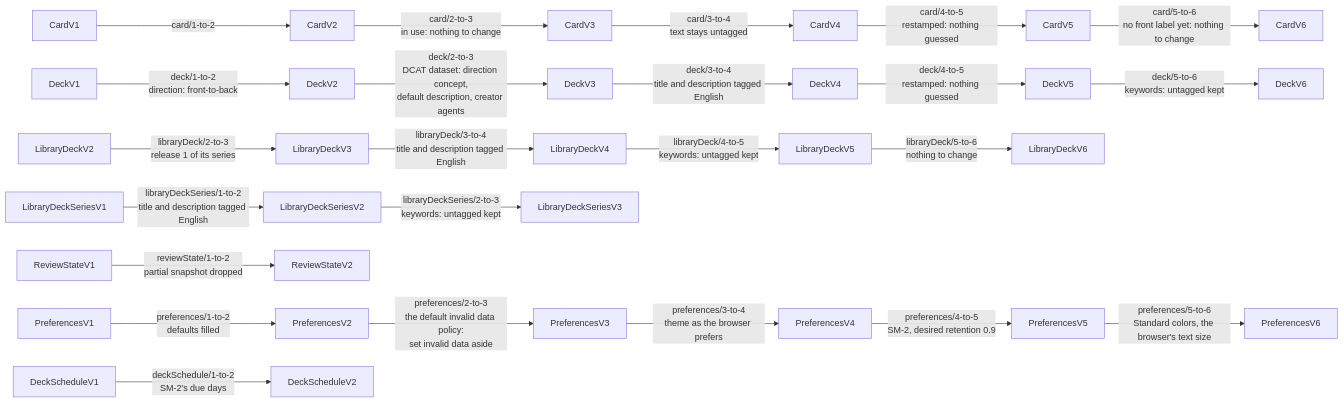
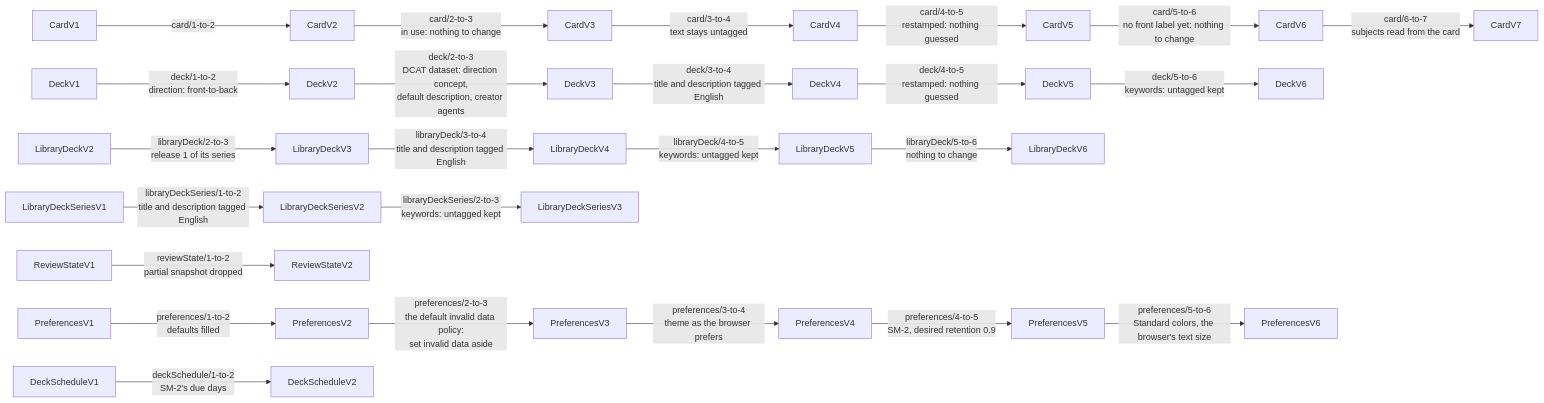
The first of 3 diagrams in docs/migrations.md (solid-memo/website), drawn with Mermaid before and after one commit. The commit also changed other lines of this file and 59 other files, not shown here.

````diff
--- a/docs/migrations.md
+++ b/docs/migrations.md
@@ -418,28 +435,29 @@
 ```mermaid
 flowchart LR
     accTitle: The migration chain
     accDescr: Each shape's record versions in order, with the migration that takes one version to the next.
     v1["CardV1"] -->|card/1-to-2| v2["CardV2"]
     v2 -->|card/2-to-3<br/>in use: nothing to change| v3["CardV3"]
     v3 -->|card/3-to-4<br/>text stays untagged| v4["CardV4"]
     v4 -->|card/4-to-5<br/>restamped: nothing guessed| v5["CardV5"]
     v5 -->|card/5-to-6<br/>no front label yet: nothing to change| v6["CardV6"]
+    v6 -->|card/6-to-7<br/>subjects read from the card| v7["CardV7"]
     d1["DeckV1"] -->|deck/1-to-2<br/>direction: front-to-back| d2["DeckV2"]
     d2 -->|deck/2-to-3<br/>DCAT dataset: direction concept,<br/>default description, creator agents| d3["DeckV3"]
     d3 -->|deck/3-to-4<br/>title and description tagged English| d4["DeckV4"]
     d4 -->|deck/4-to-5<br/>restamped: nothing guessed| d5["DeckV5"]
     d5 -->|deck/5-to-6<br/>keywords: untagged kept| d6["DeckV6"]
     l2["LibraryDeckV2"] -->|libraryDeck/2-to-3<br/>release 1 of its series| l3["LibraryDeckV3"]
     l3 -->|libraryDeck/3-to-4<br/>title and description tagged English| l4["LibraryDeckV4"]
     l4 -->|libraryDeck/4-to-5<br/>keywords: untagged kept| l5["LibraryDeckV5"]
     l5 -->|libraryDeck/5-to-6<br/>nothing to change| l6["LibraryDeckV6"]
     s1["LibraryDeckSeriesV1"] -->|libraryDeckSeries/1-to-2<br/>title and description tagged English| s2["LibraryDeckSeriesV2"]
     s2 -->|libraryDeckSeries/2-to-3<br/>keywords: untagged kept| s3["LibraryDeckSeriesV3"]
     r1["ReviewStateV1"] -->|reviewState/1-to-2<br/>partial snapshot dropped| r2["ReviewStateV2"]
     p1["PreferencesV1"] -->|preferences/1-to-2<br/>defaults filled| p2["PreferencesV2"]
     p2 -->|preferences/2-to-3<br/>the default invalid data policy:<br/>set invalid data aside| p3["PreferencesV3"]
     p3 -->|preferences/3-to-4<br/>theme as the browser prefers| p4["PreferencesV4"]
     p4 -->|preferences/4-to-5<br/>SM-2, desired retention 0.9| p5["PreferencesV5"]
     p5 -->|preferences/5-to-6<br/>Standard colors, the browser's text size| p6["PreferencesV6"]
     ds1["DeckScheduleV1"] -->|deckSchedule/1-to-2<br/>SM-2's due days| ds2["DeckScheduleV2"]
 ```
````
